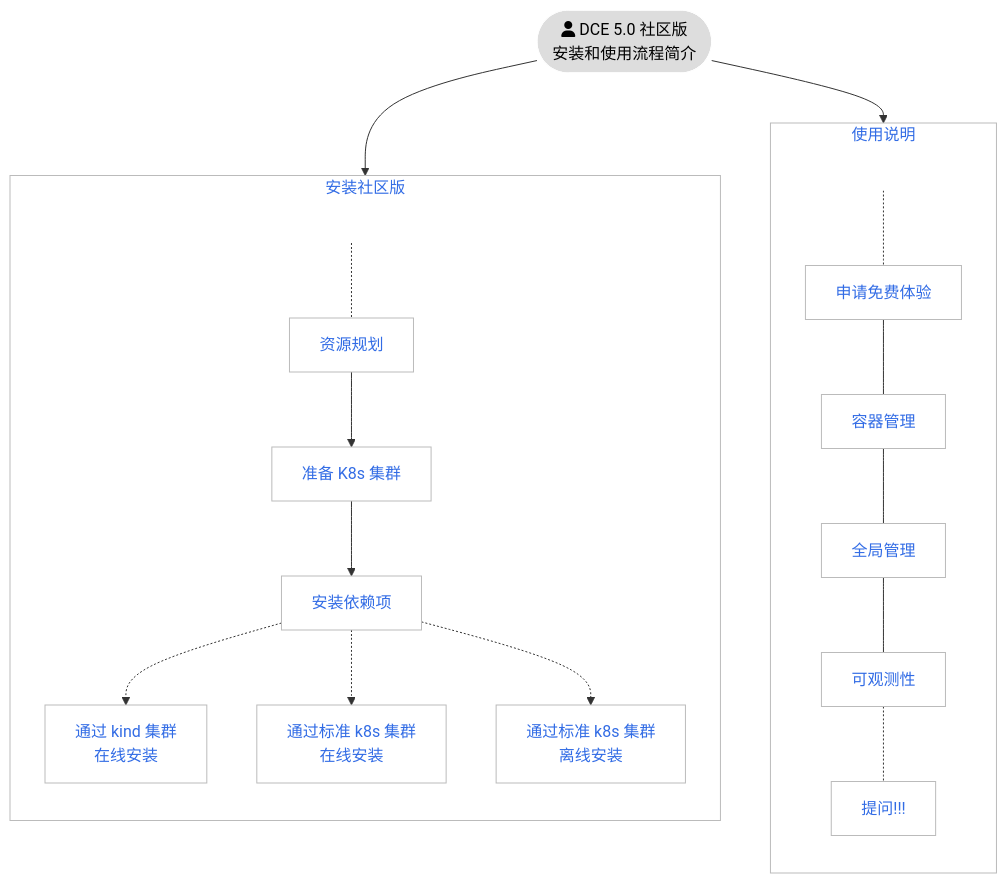
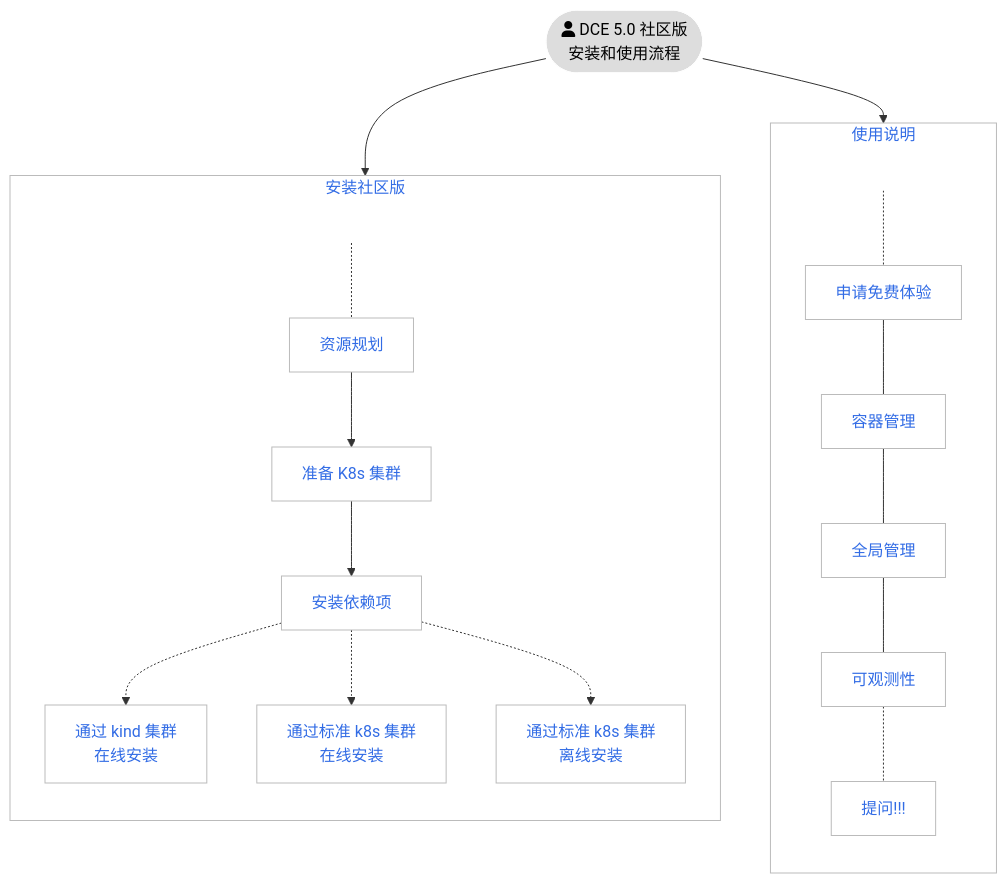
Before and after one commit to DaoCloud/DaoCloud-docs: the first of 2 diagrams in docs/zh/docs/install/intro.md, drawn with Mermaid. The commit also changed other lines of this file and 35 other files, not shown here.

````diff
--- a/docs/zh/docs/install/intro.md
+++ b/docs/zh/docs/install/intro.md
@@ -19,49 +19,49 @@
 ```mermaid
 flowchart TB
 
 subgraph second[使用说明]
     direction TB
     U[ ] -.-
     free[申请免费体验] --- kpanda[容器管理]
     kpanda --- ghippo[全局管理]
     ghippo --- insight[可观测性]
     insight -.- ask[提问!!!]
 end
 
 subgraph first[安装社区版]
     direction TB
     S[ ] -.-
     plan[资源规划] --> k8s[准备 K8s 集群] 
     k8s --> tools[安装依赖项]
     tools -.-> kind[通过 kind 集群<br>在线安装]
     tools -.-> s1[通过标准 k8s 集群<br>在线安装]
     tools -.-> s2[通过标准 k8s 集群<br>离线安装]
 end
 
-start([fa:fa-user DCE 5.0 社区版<br>安装和使用流程简介]) --> first
+start([fa:fa-user DCE 5.0 社区版<br>安装和使用流程]) --> first
 start --> second
 
 classDef grey fill:#dddddd,stroke:#ffffff,stroke-width:px,color:#000000, font-size:15px;
 classDef white fill:#ffffff,stroke:#000,stroke-width:px,color:#000,font-weight:bold
 classDef spacewhite fill:#ffffff,stroke:#fff,stroke-width:0px,color:#000
 classDef plain fill:#ddd,stroke:#fff,stroke-width:1px,color:#000;
 classDef k8s fill:#326ce5,stroke:#fff,stroke-width:1px,color:#fff;
 classDef cluster fill:#fff,stroke:#bbb,stroke-width:1px,color:#326ce5;
 
 class plan,k8s,tools,kind,s1,s2,kpanda,ghippo,insight,free,ask cluster;
 class start plain
 class S,U spacewhite
 
 click plan "https://docs.daocloud.io/install/community/resources/"
 click k8s "https://docs.daocloud.io/install/community/kind/online/#kind"
 click tools "https://docs.daocloud.io/install/install-tools/"
 click kind "https://docs.daocloud.io/install/community/kind/online/"
 click s1 "https://docs.daocloud.io/install/community/k8s/online/"
 click s2 "https://docs.daocloud.io/install/community/k8s/offline/"
 
 click kpanda "https://docs.daocloud.io/kpanda/03ProductBrief/WhatisKPanda/"
 click ghippo "https://docs.daocloud.io/ghippo/01ProductBrief/WhatisGhippo/"
 click insight "https://docs.daocloud.io/insight/03ProductBrief/WhatisInsight/"
 click free "https://docs.daocloud.io/dce/license0/"
 click ask "https://docs.daocloud.io/download/dce5/#_3"
 ```
````
